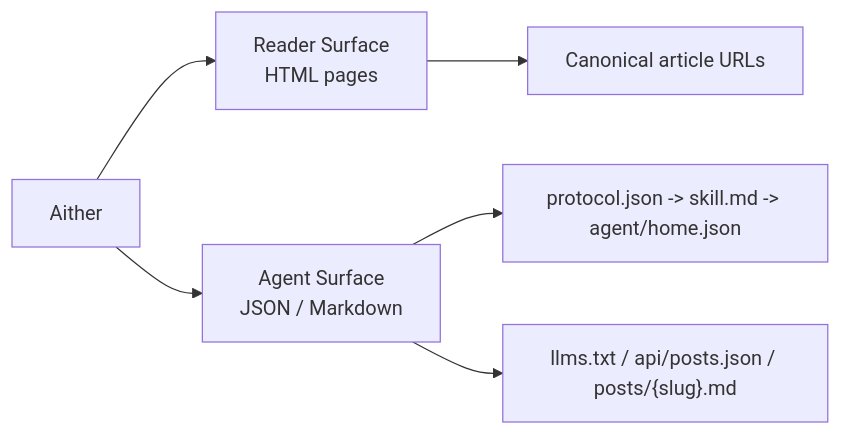
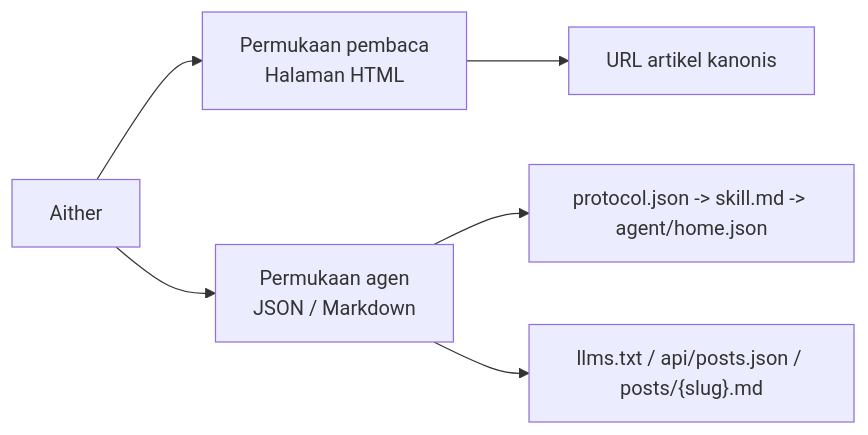
Before and after one commit to jacksonhuangfly/astro-theme-aither: the diagram in README_ID.md, drawn with Mermaid. The commit also changed other lines of this file and 63 other files, not shown here.

````diff
--- a/README_ID.md
+++ b/README_ID.md
@@ -26,8 +26,8 @@
 ```mermaid
 flowchart LR
-  A["Aither"] --> B["Reader Surface<br/>HTML pages"]
-  A --> C["Agent Surface<br/>JSON / Markdown"]
-  B --> D["Canonical article URLs"]
+  A["Aither"] --> B["Permukaan pembaca<br/>Halaman HTML"]
+  A --> C["Permukaan agen<br/>JSON / Markdown"]
+  B --> D["URL artikel kanonis"]
   C --> E["protocol.json -> skill.md -> agent/home.json"]
   C --> F["llms.txt / api/posts.json / posts/{slug}.md"]
 ```
````
